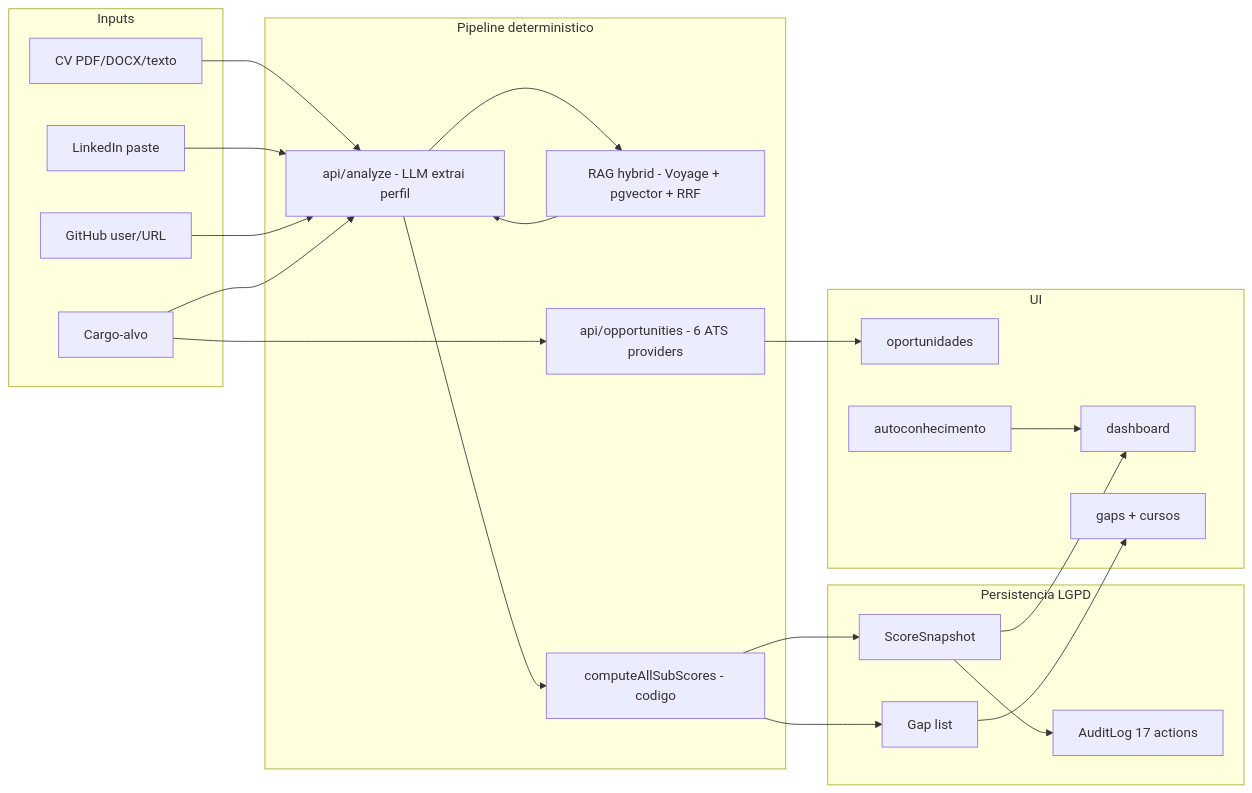
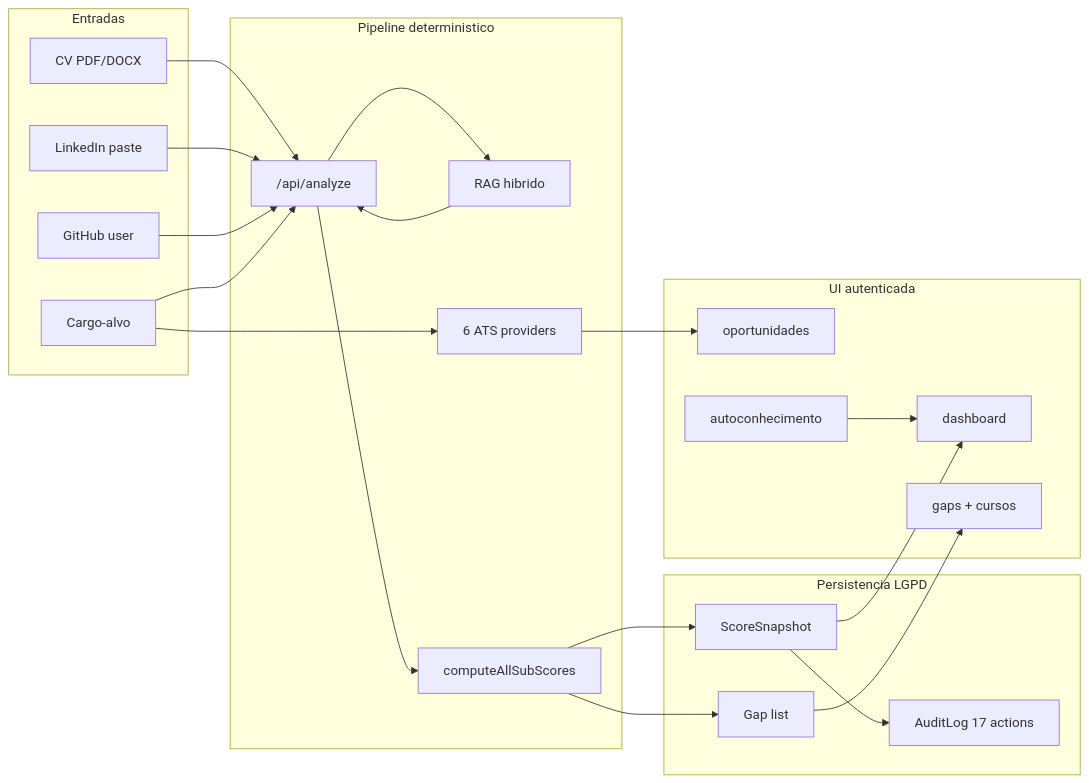
Before and after one commit to akamitatrush/CareerTwinAI: the first of 6 diagrams in README.md, drawn with Mermaid. The commit also changed other lines of this file and 7 other files, not shown here.

````diff
--- a/README.md
+++ b/README.md
@@ -50,45 +115,45 @@
 ```mermaid
 flowchart LR
-    subgraph Inputs
-      CV["CV PDF/DOCX/texto"]
+    subgraph Inputs["Entradas"]
+      CV["CV PDF/DOCX"]
       LI["LinkedIn paste"]
-      GH["GitHub user/URL"]
+      GH["GitHub user"]
       ROLE["Cargo-alvo"]
     end
 
     subgraph Core["Pipeline deterministico"]
-      ANA["api/analyze - LLM extrai perfil"]
-      RAG["RAG hybrid - Voyage + pgvector + RRF"]
-      SCORE["computeAllSubScores - codigo"]
-      OPP["api/opportunities - 6 ATS providers"]
+      ANA["/api/analyze"]
+      RAG["RAG hibrido"]
+      SCORE["computeAllSubScores"]
+      OPP["6 ATS providers"]
     end
 
     subgraph Persist["Persistencia LGPD"]
       SS["ScoreSnapshot"]
       GAP["Gap list"]
       AUD["AuditLog 17 actions"]
     end
 
-    subgraph UI
+    subgraph UI["UI autenticada"]
       DASH["dashboard"]
       GAPS["gaps + cursos"]
       OPS["oportunidades"]
       AUTO["autoconhecimento"]
     end
 
     CV --> ANA
     LI --> ANA
     GH --> ANA
     ROLE --> ANA
     ANA --> RAG
     RAG --> ANA
     ANA --> SCORE
     ROLE --> OPP
     SCORE --> SS
     SCORE --> GAP
     SS --> AUD
     SS --> DASH
     GAP --> GAPS
     OPP --> OPS
     AUTO --> DASH
 ```
````
